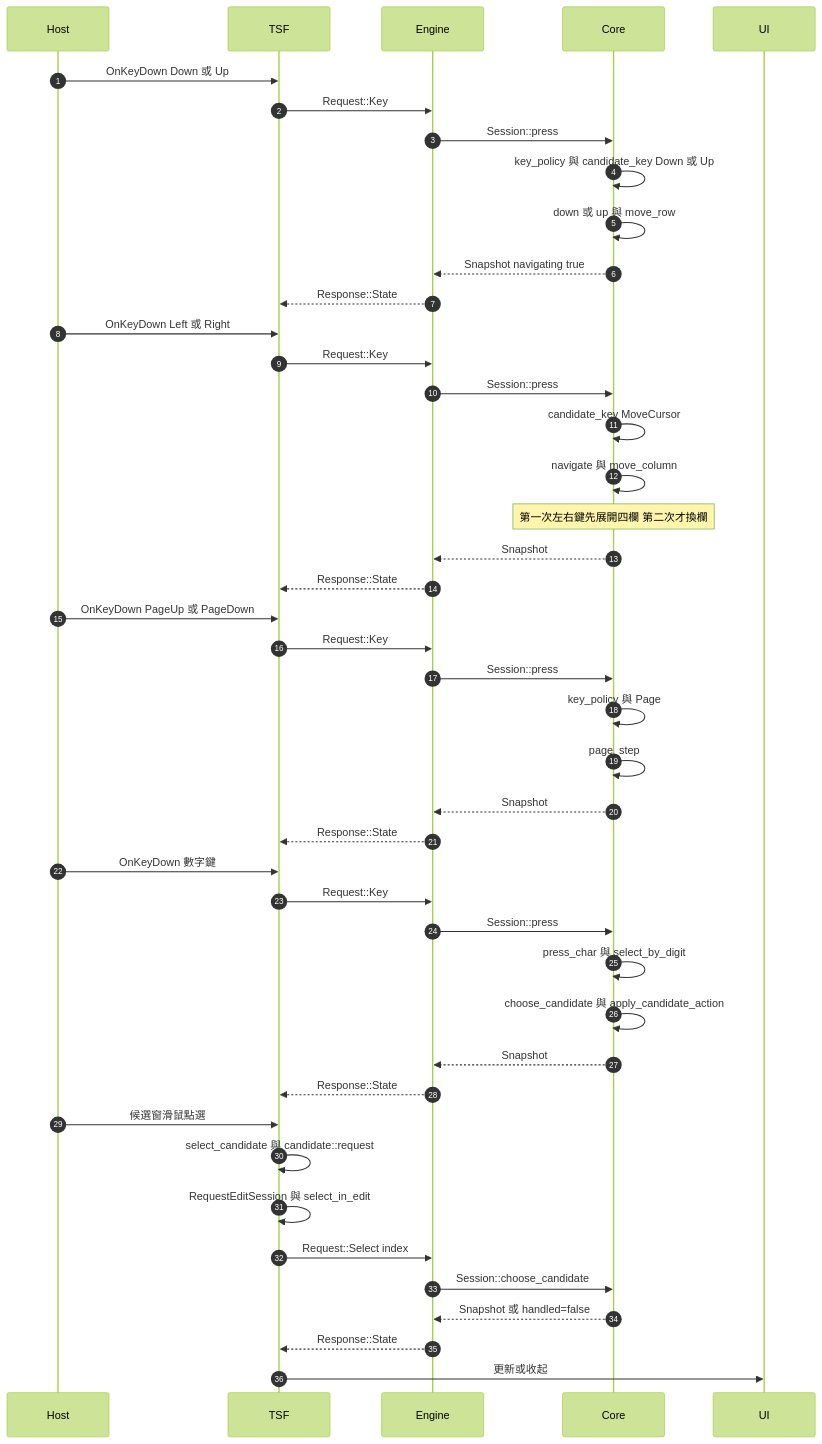
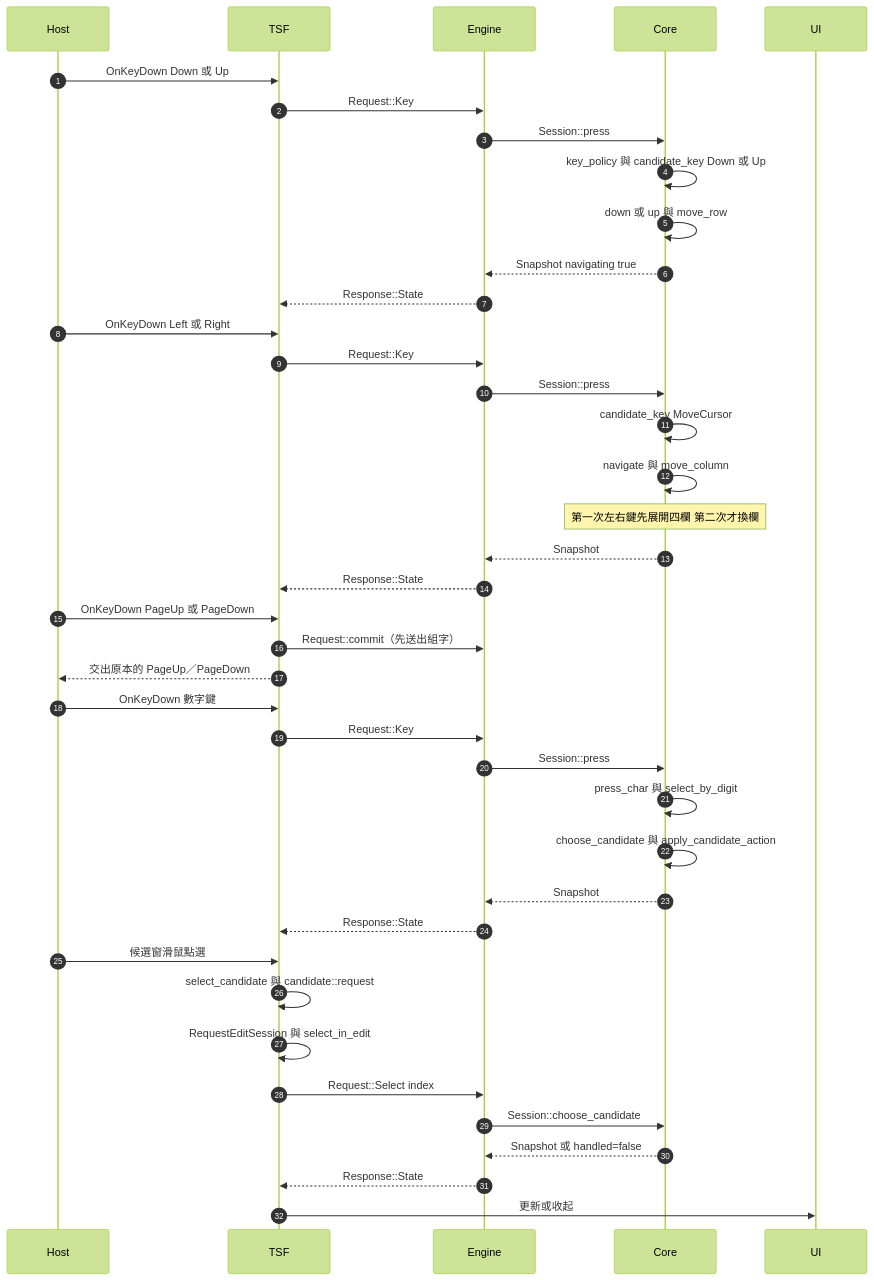
Before and after one commit to jeffpeng3/jc-ime: the ninth of 13 diagrams in docs/port/event-flows.md, drawn with Mermaid (forest theme). The commit also changed other lines of this file and 12 other files, not shown here.

First line of the commit message:
fix: PageUp／PageDown 交還宿主，不再由輸入法換頁

````diff
--- a/docs/port/event-flows.md
+++ b/docs/port/event-flows.md
@@ -469,51 +469,47 @@
 ```mermaid
 sequenceDiagram
     autonumber
     participant Host
     participant TSF
     participant Engine
     participant Core
     participant UI
 
     Host->>TSF: OnKeyDown Down 或 Up
     TSF->>Engine: Request::Key
     Engine->>Core: Session::press
     Core->>Core: key_policy 與 candidate_key Down 或 Up
     Core->>Core: down 或 up 與 move_row
     Core-->>Engine: Snapshot navigating true
     Engine-->>TSF: Response::State
 
     Host->>TSF: OnKeyDown Left 或 Right
     TSF->>Engine: Request::Key
     Engine->>Core: Session::press
     Core->>Core: candidate_key MoveCursor
     Core->>Core: navigate 與 move_column
     Note over Core: 第一次左右鍵先展開四欄 第二次才換欄
     Core-->>Engine: Snapshot
     Engine-->>TSF: Response::State
 
     Host->>TSF: OnKeyDown PageUp 或 PageDown
-    TSF->>Engine: Request::Key
-    Engine->>Core: Session::press
-    Core->>Core: key_policy 與 Page
-    Core->>Core: page_step
-    Core-->>Engine: Snapshot
-    Engine-->>TSF: Response::State
+    TSF->>Engine: Request::commit（先送出組字）
+    TSF-->>Host: 交出原本的 PageUp／PageDown
 
     Host->>TSF: OnKeyDown 數字鍵
     TSF->>Engine: Request::Key
     Engine->>Core: Session::press
     Core->>Core: press_char 與 select_by_digit
     Core->>Core: choose_candidate 與 apply_candidate_action
     Core-->>Engine: Snapshot
     Engine-->>TSF: Response::State
 
     Host->>TSF: 候選窗滑鼠點選
     TSF->>TSF: select_candidate 與 candidate::request
     TSF->>TSF: RequestEditSession 與 select_in_edit
     TSF->>Engine: Request::Select index
     Engine->>Core: Session::choose_candidate
     Core-->>Engine: Snapshot 或 handled=false
     Engine-->>TSF: Response::State
     TSF->>UI: 更新或收起
 ```
````
